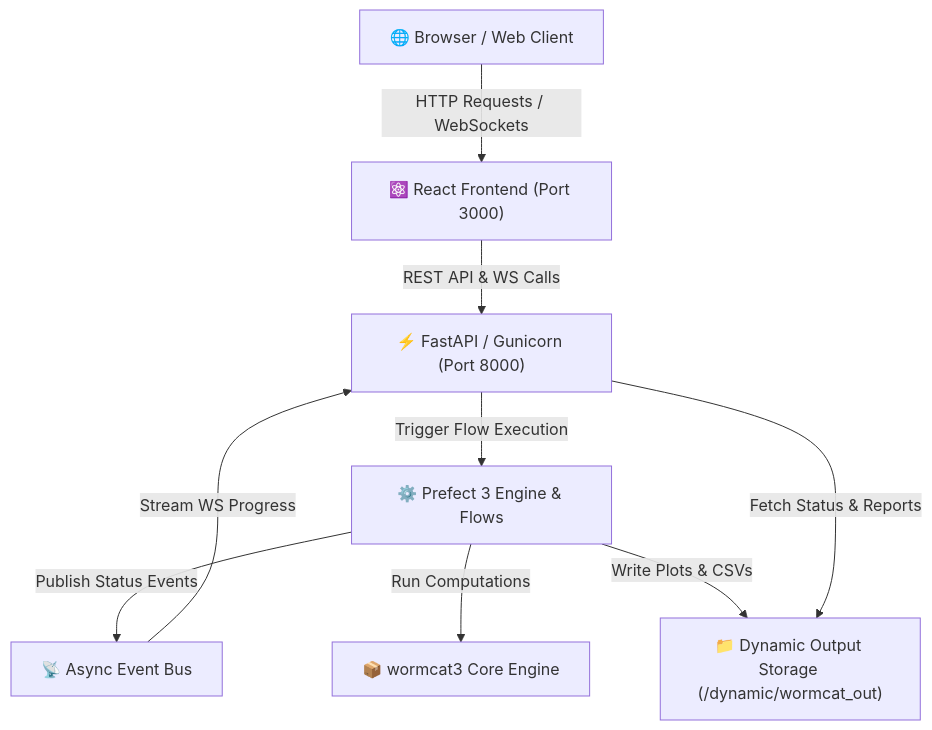
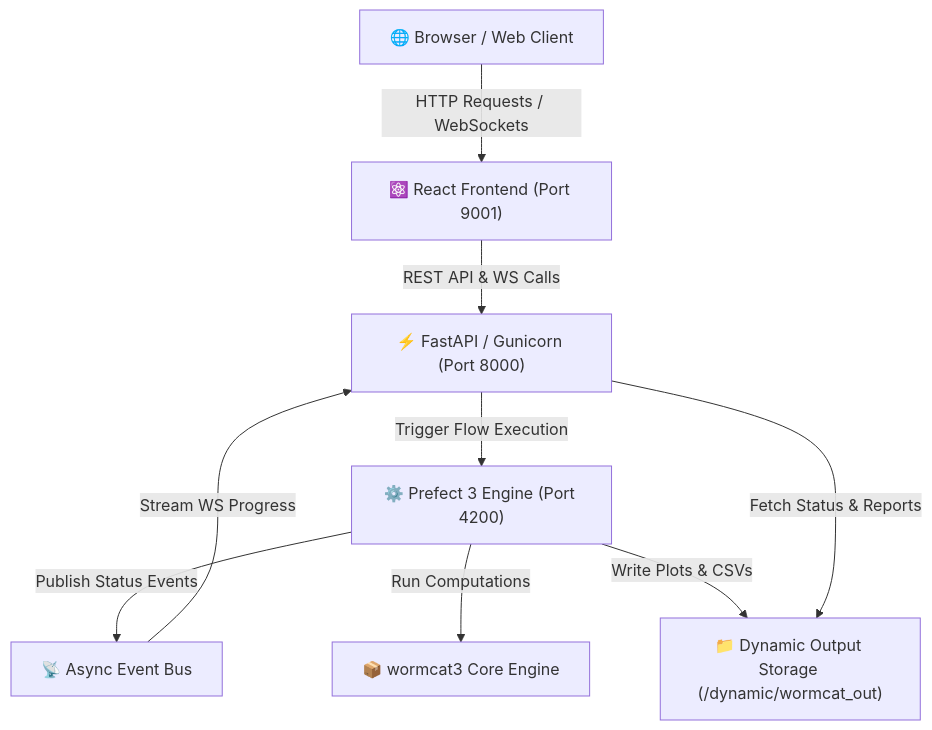
One commit to DanHUMassMed/wormcat3-web changed the diagram in README.md. Above: the diagram before and after it, drawn with Mermaid. The commit also changed other lines of this file and 18 other files, not shown here.

````diff
--- a/README.md
+++ b/README.md
@@ -27,19 +27,19 @@
 ```mermaid
 graph TD
     User["🌐 Browser / Web Client"]
-    ReactApp["⚛️ React Frontend (Port 3000)"]
+    ReactApp["⚛️ React Frontend (Port 9001)"]
     FastAPI["⚡ FastAPI / Gunicorn (Port 8000)"]
     EventBus["📡 Async Event Bus"]
-    Prefect["⚙️ Prefect 3 Engine & Flows"]
+    Prefect["⚙️ Prefect 3 Engine (Port 4200)"]
     WormCatCore["📦 wormcat3 Core Engine"]
     OutStorage["📁 Dynamic Output Storage (/dynamic/wormcat_out)"]
 
     User -->|HTTP Requests / WebSockets| ReactApp
     ReactApp -->|REST API & WS Calls| FastAPI
     FastAPI -->|Trigger Flow Execution| Prefect
     Prefect -->|Publish Status Events| EventBus
     EventBus -->|Stream WS Progress| FastAPI
     Prefect -->|Run Computations| WormCatCore
     Prefect -->|Write Plots & CSVs| OutStorage
     FastAPI -->|Fetch Status & Reports| OutStorage
 ```
````
